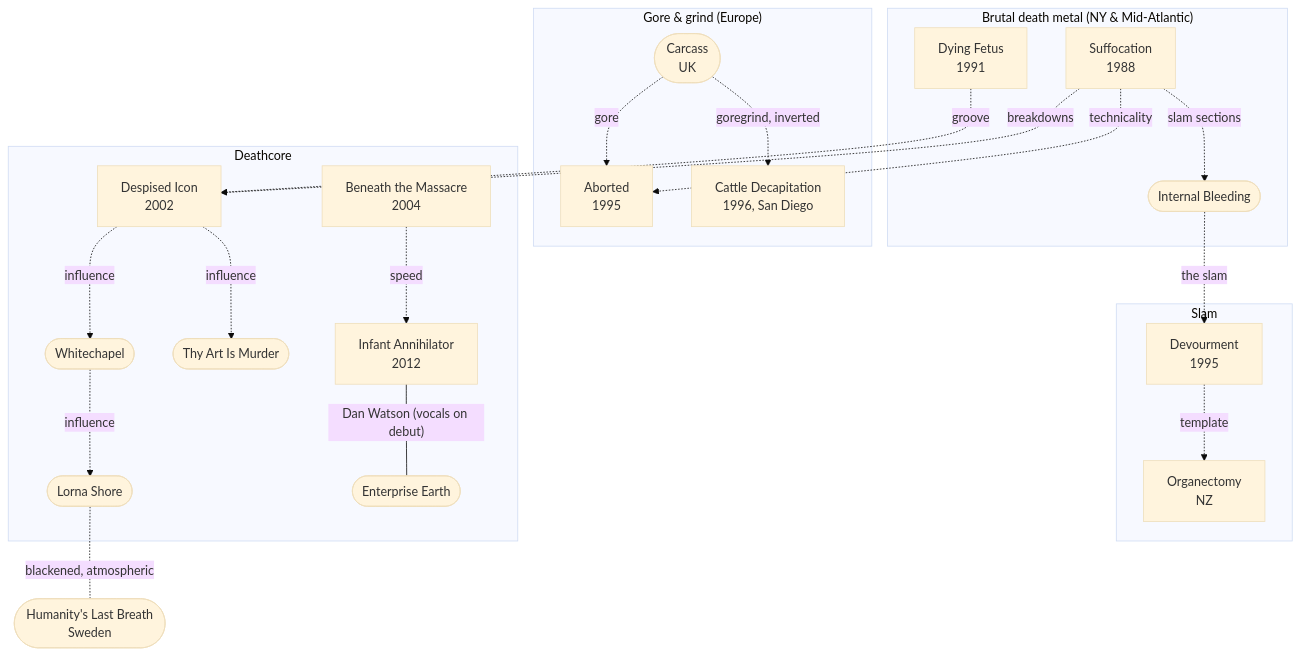
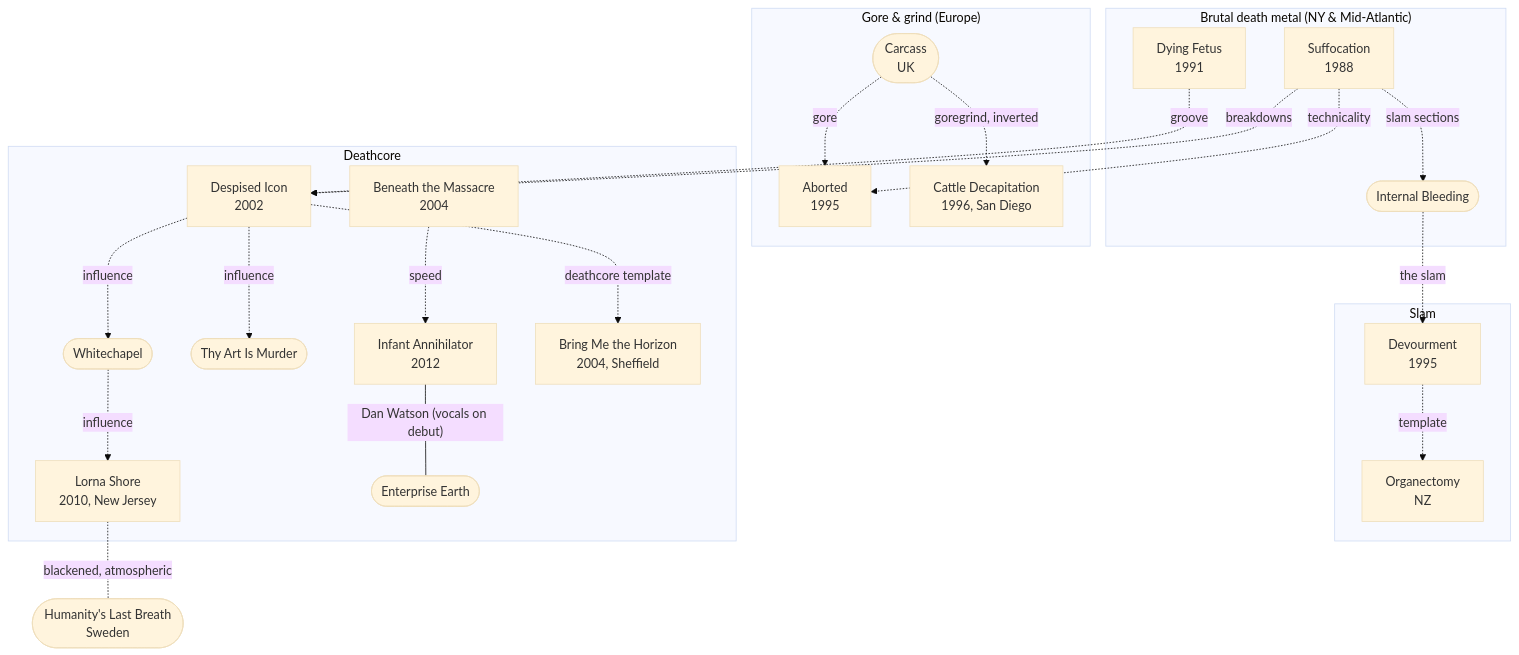
The diagram in brutal-death/connections.md (zrrbite/music-scenes), drawn with Mermaid (base theme) before and after one commit. The commit also changed 66 other files, not shown here.

````diff
--- a/brutal-death/connections.md
+++ b/brutal-death/connections.md
@@ -8,42 +8,44 @@
 ```mermaid
 flowchart TD
     subgraph BDM["Brutal death metal (NY & Mid-Atlantic)"]
         SUF["Suffocation<br/>1988"]
         IB(["Internal Bleeding"])
         DF["Dying Fetus<br/>1991"]
     end
     subgraph GORE["Gore & grind (Europe)"]
         CARC(["Carcass<br/>UK"])
         ABOR["Aborted<br/>1995"]
         CD["Cattle Decapitation<br/>1996, San Diego"]
     end
     subgraph SLAM["Slam"]
         DEV["Devourment<br/>1995"]
         ORG["Organectomy<br/>NZ"]
     end
     subgraph DC["Deathcore"]
         DI["Despised Icon<br/>2002"]
         BTM["Beneath the Massacre<br/>2004"]
         WC(["Whitechapel"])
         TAIM(["Thy Art Is Murder"])
         IA["Infant Annihilator<br/>2012"]
-        LS(["Lorna Shore"])
+        LS["Lorna Shore<br/>2010, New Jersey"]
+        BMTH["Bring Me the Horizon<br/>2004, Sheffield"]
         EE(["Enterprise Earth"])
     end
     HLB(["Humanity's Last Breath<br/>Sweden"])
 
     SUF -. "slam sections" .-> IB
     IB -. "the slam" .-> DEV
     SUF -. "technicality" .-> ABOR
     CARC -. "gore" .-> ABOR
     CARC -. "goregrind, inverted" .-> CD
     DEV -. "template" .-> ORG
     SUF -. "breakdowns" .-> DI
     DF -. "groove" .-> DI
     DI -. "influence" .-> WC
     DI -. "influence" .-> TAIM
     BTM -. "speed" .-> IA
     IA -- "Dan Watson (vocals on debut)" --- EE
     WC -. "influence" .-> LS
+    DI -. "deathcore template" .-> BMTH
     LS -. "blackened, atmospheric" .- HLB
 ```
````
